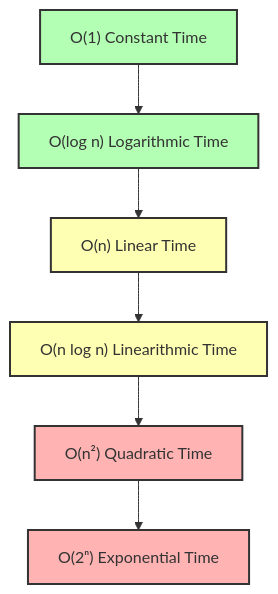
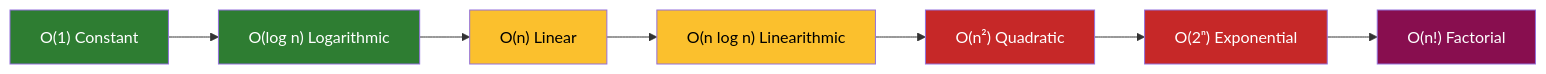
One commit to Amie-dev/engineering-playbook changed the second of 3 diagrams in js-dsa/01-big-o-notation.md. Above: the diagram before and after it, drawn with Mermaid. The commit also changed other lines of this file and 24 other files, not shown here.

````diff
--- a/js-dsa/01-big-o-notation.md
+++ b/js-dsa/01-big-o-notation.md
@@ -10,15 +28,17 @@
 ```mermaid
-graph TD
-    O1["O(1) Constant Time"] --> OLogN["O(log n) Logarithmic Time"]
-    OLogN --> ON["O(n) Linear Time"]
-    ON --> ONLogN["O(n log n) Linearithmic Time"]
-    ONLogN --> ON2["O(n²) Quadratic Time"]
-    ON2 --> O2N["O(2ⁿ) Exponential Time"]
-    
-    style O1 fill:#b3ffb3,stroke:#333,stroke-width:2px
-    style OLogN fill:#b3ffb3,stroke:#333,stroke-width:2px
-    style ON fill:#ffffb3,stroke:#333,stroke-width:2px
-    style ONLogN fill:#ffffb3,stroke:#333,stroke-width:2px
-    style ON2 fill:#ffb3b3,stroke:#333,stroke-width:2px
-    style O2N fill:#ffb3b3,stroke:#333,stroke-width:2px
+graph LR
+    O1["O(1) Constant"] --> OLogN["O(log n) Logarithmic"]
+    OLogN --> ON["O(n) Linear"]
+    ON --> ONLogN["O(n log n) Linearithmic"]
+    ONLogN --> ON2["O(n²) Quadratic"]
+    ON2 --> O2N["O(2ⁿ) Exponential"]
+    O2N --> ONFact["O(n!) Factorial"]
+
+    style O1 fill:#2e7d32,color:#fff
+    style OLogN fill:#2e7d32,color:#fff
+    style ON fill:#fbc02d,color:#000
+    style ONLogN fill:#fbc02d,color:#000
+    style ON2 fill:#c62828,color:#fff
+    style O2N fill:#c62828,color:#fff
+    style ONFact fill:#880e4f,color:#fff
 ```
````
